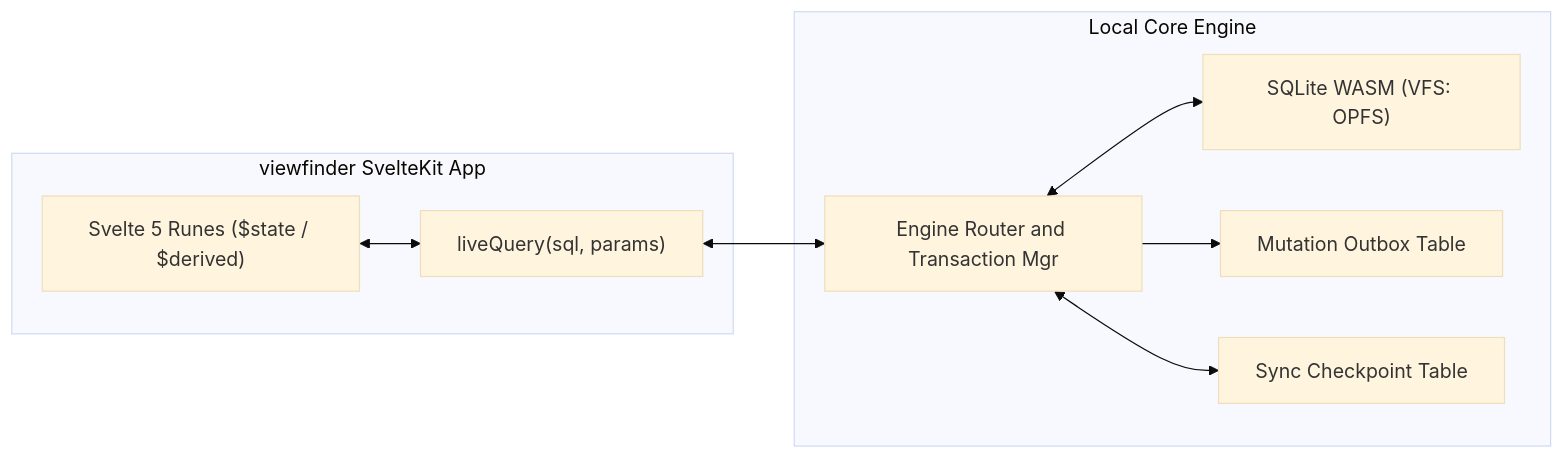
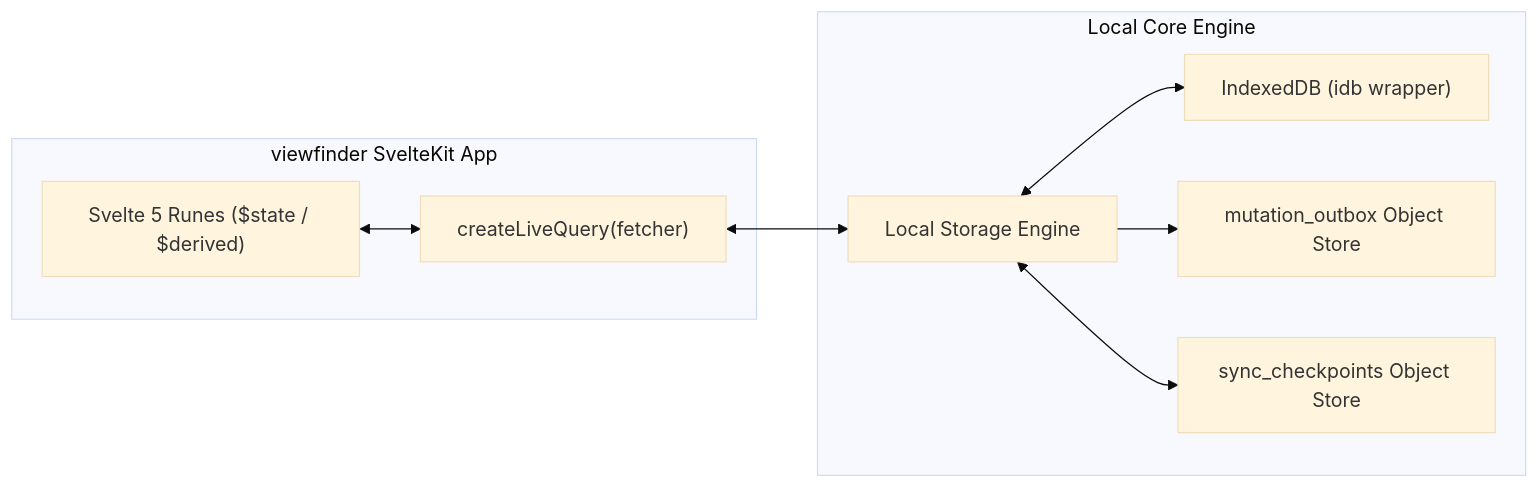
One commit to garvageart/viz changed the second of 3 diagrams in docs/architecture/SYNC_ENGINE.md. Above: the diagram before and after it, drawn with Mermaid (base theme). The commit also changed other lines of this file, not shown here.

First line of the commit message:
docs(architecture): update sync engine client storage specification to IndexedDB

````diff
--- a/docs/architecture/SYNC_ENGINE.md
+++ b/docs/architecture/SYNC_ENGINE.md
@@ -175,20 +154,20 @@
 ```mermaid
 flowchart LR
     subgraph Svelte_App ["viewfinder SvelteKit App"]
         Runes["Svelte 5 Runes ($state / $derived)"]
-        LiveQuery["liveQuery(sql, params)"]
+        LiveQuery["createLiveQuery(fetcher)"]
     end
 
     subgraph Client_Engine ["Local Core Engine"]
-        EngineRouter["Engine Router and Transaction Mgr"]
-        SQLiteWASM["SQLite WASM (VFS: OPFS)"]
-        MutationOutbox["Mutation Outbox Table"]
-        SyncState["Sync Checkpoint Table"]
+        EngineRouter["Local Storage Engine"]
+        IndexedDB["IndexedDB (idb wrapper)"]
+        MutationOutbox["mutation_outbox Object Store"]
+        SyncState["sync_checkpoints Object Store"]
     end
 
     Runes <--> LiveQuery
     LiveQuery <--> EngineRouter
-    EngineRouter <--> SQLiteWASM
+    EngineRouter <--> IndexedDB
     EngineRouter --> MutationOutbox
     EngineRouter <--> SyncState
 ```
````
